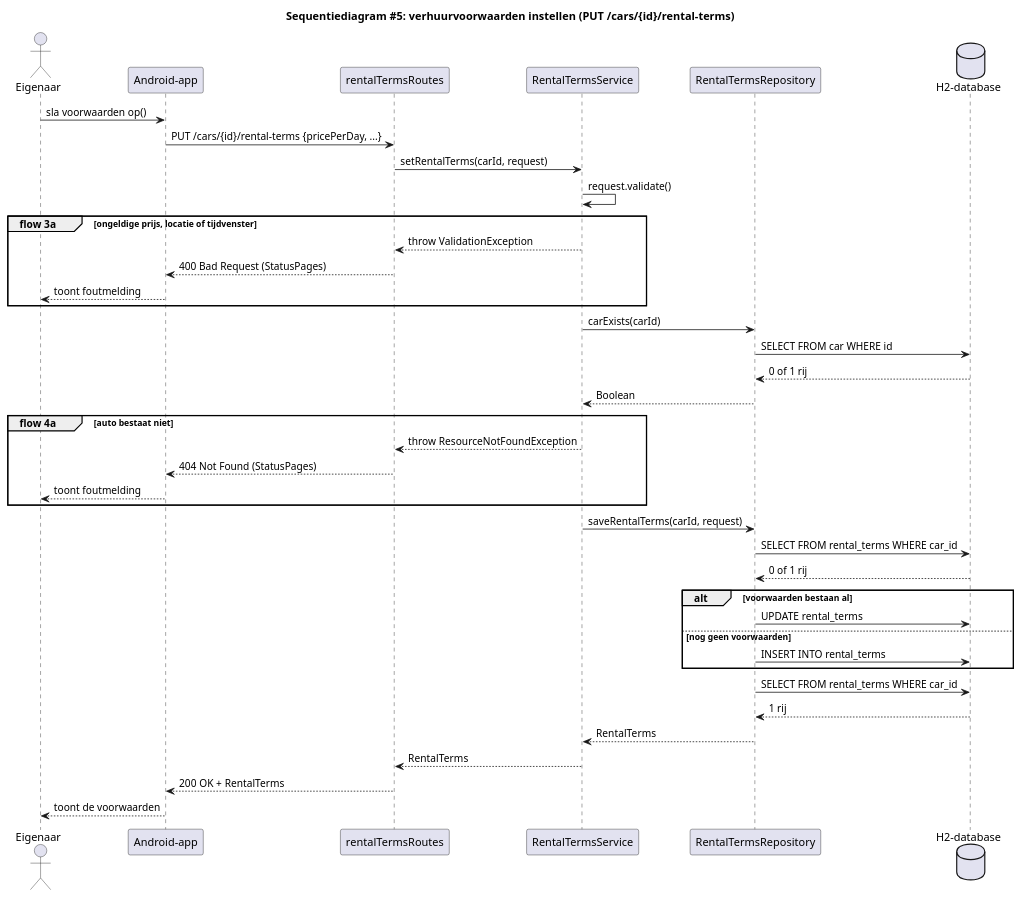
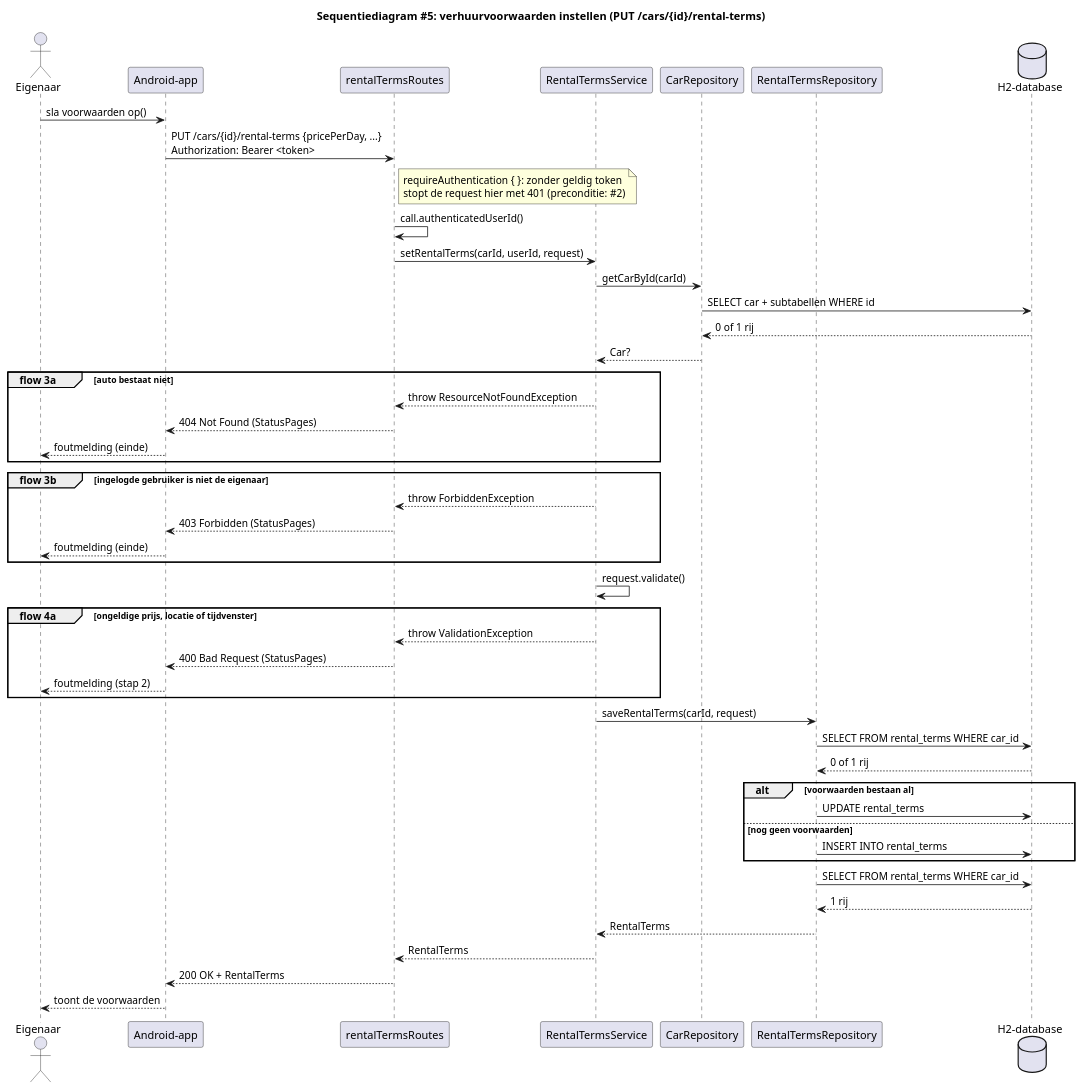
The diagram in diagrams/sequence/SetRentalTerms.puml (MarkPrins18/hbo-leerjaar2), drawn with PlantUML before and after one commit. The commit also changed 5 other files, not shown here.

First line of the commit message:
Diagrammen gelijkgetrokken met de code

```diff
--- a/diagrams/sequence/SetRentalTerms.puml
+++ b/diagrams/sequence/SetRentalTerms.puml
@@ -1,48 +1,60 @@
 @startuml SetRentalTerms
 title Sequentiediagram #5: verhuurvoorwaarden instellen (PUT /cars/{id}/rental-terms)
 
 actor Eigenaar as g
 participant "Android-app" as app
 participant "rentalTermsRoutes" as rt
 participant "RentalTermsService" as svc
+participant "CarRepository" as car
 participant "RentalTermsRepository" as repo
 database "H2-database" as db
 
 g -> app : sla voorwaarden op()
-app -> rt : PUT /cars/{id}/rental-terms {pricePerDay, ...}
-rt -> svc : setRentalTerms(carId, request)
+app -> rt : PUT /cars/{id}/rental-terms {pricePerDay, ...}\nAuthorization: Bearer <token>
+note right of rt
+  requireAuthentication { }: zonder geldig token
+  stopt de request hier met 401 (preconditie: #2)
+end note
+rt -> rt : call.authenticatedUserId()
+rt -> svc : setRentalTerms(carId, userId, request)
+svc -> car : getCarById(carId)
+car -> db : SELECT car + subtabellen WHERE id
+db --> car : 0 of 1 rij
+car --> svc : Car?
+
+group flow 3a [auto bestaat niet]
+    svc --> rt : throw ResourceNotFoundException
+    rt --> app : 404 Not Found (StatusPages)
+    app --> g : foutmelding (einde)
+end
+
+group flow 3b [ingelogde gebruiker is niet de eigenaar]
+    svc --> rt : throw ForbiddenException
+    rt --> app : 403 Forbidden (StatusPages)
+    app --> g : foutmelding (einde)
+end
+
 svc -> svc : request.validate()
 
-group flow 3a [ongeldige prijs, locatie of tijdvenster]
+group flow 4a [ongeldige prijs, locatie of tijdvenster]
     svc --> rt : throw ValidationException
     rt --> app : 400 Bad Request (StatusPages)
-    app --> g : toont foutmelding
-end
-
-svc -> repo : carExists(carId)
-repo -> db : SELECT FROM car WHERE id
-db --> repo : 0 of 1 rij
-repo --> svc : Boolean
-
-group flow 4a [auto bestaat niet]
-    svc --> rt : throw ResourceNotFoundException
-    rt --> app : 404 Not Found (StatusPages)
-    app --> g : toont foutmelding
+    app --> g : foutmelding (stap 2)
 end
 
 svc -> repo : saveRentalTerms(carId, request)
 repo -> db : SELECT FROM rental_terms WHERE car_id
 db --> repo : 0 of 1 rij
 alt voorwaarden bestaan al
     repo -> db : UPDATE rental_terms
 else nog geen voorwaarden
     repo -> db : INSERT INTO rental_terms
 end
 repo -> db : SELECT FROM rental_terms WHERE car_id
 db --> repo : 1 rij
 repo --> svc : RentalTerms
 svc --> rt : RentalTerms
 rt --> app : 200 OK + RentalTerms
 app --> g : toont de voorwaarden
 
 @enduml
```
